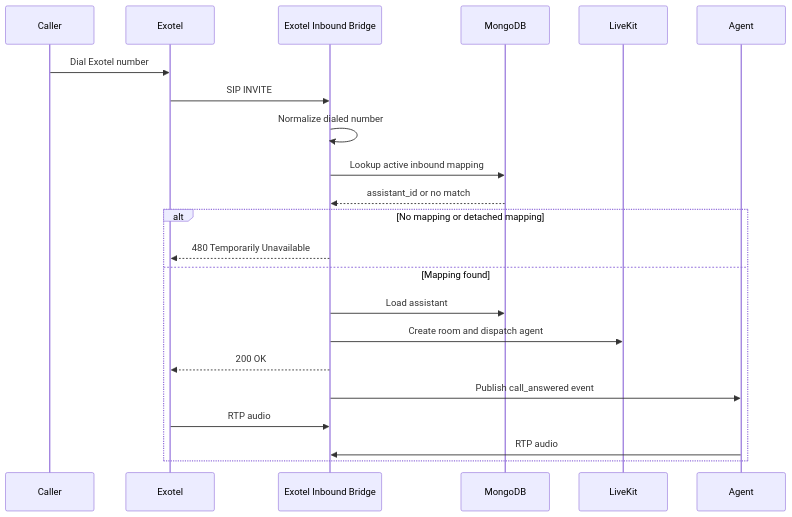
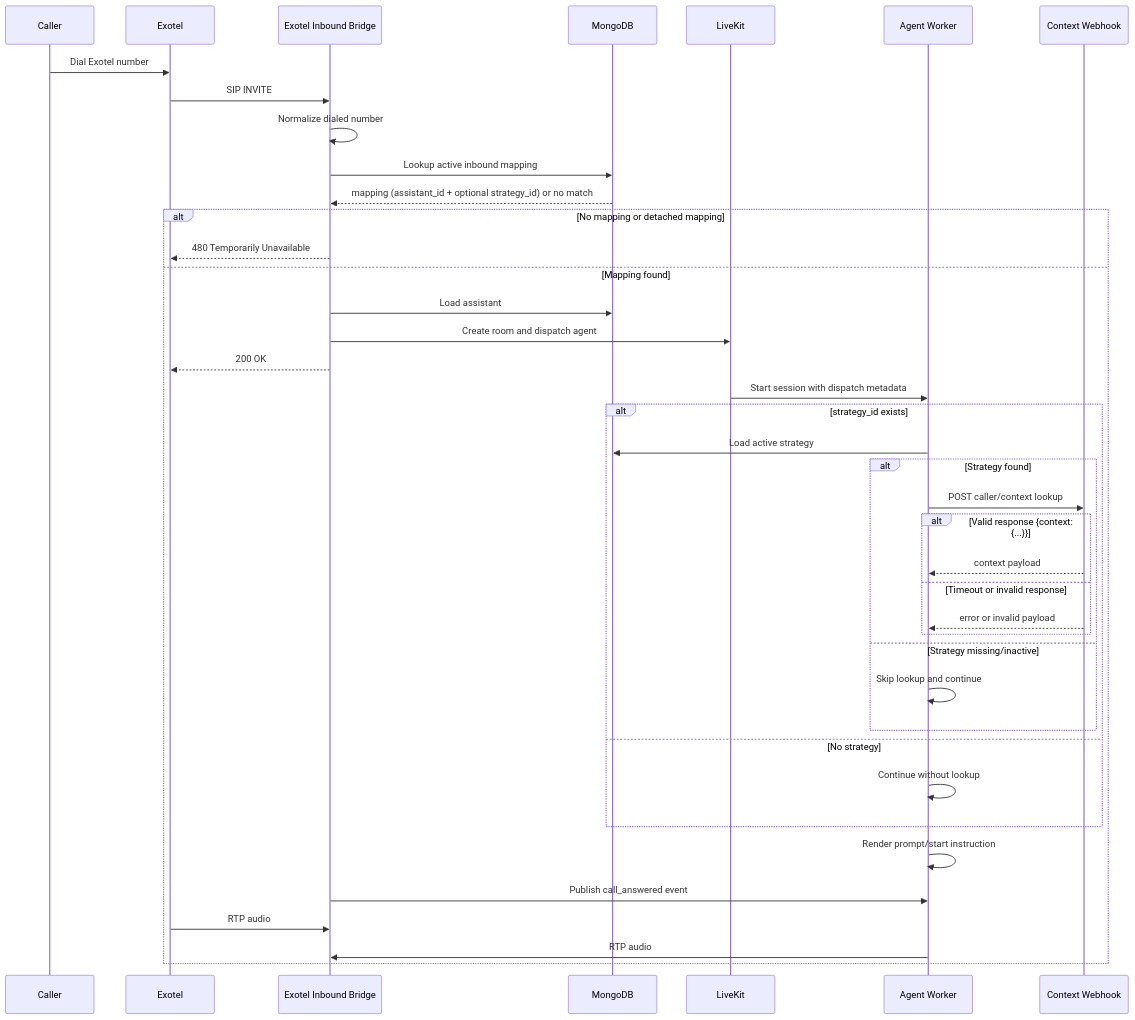
One commit to ShubhamX-AI/api_livekit changed the diagram in docs/api/inbound/flow.md. Above: the diagram before and after it, drawn with Mermaid. The commit also changed other lines of this file and 14 other files, not shown here.

````diff
--- a/docs/api/inbound/flow.md
+++ b/docs/api/inbound/flow.md
@@ -35,25 +70,43 @@
 ```mermaid
 sequenceDiagram
     participant Caller
     participant Exotel
     participant Bridge as Exotel Inbound Bridge
     participant DB as MongoDB
     participant LK as LiveKit
-    participant Agent
+    participant Agent as Agent Worker
+    participant Webhook as Context Webhook
 
     Caller->>Exotel: Dial Exotel number
     Exotel->>Bridge: SIP INVITE
     Bridge->>Bridge: Normalize dialed number
     Bridge->>DB: Lookup active inbound mapping
-    DB-->>Bridge: assistant_id or no match
+    DB-->>Bridge: mapping (assistant_id + optional strategy_id) or no match
     alt No mapping or detached mapping
         Bridge-->>Exotel: 480 Temporarily Unavailable
     else Mapping found
         Bridge->>DB: Load assistant
         Bridge->>LK: Create room and dispatch agent
         Bridge-->>Exotel: 200 OK
+        LK->>Agent: Start session with dispatch metadata
+        alt strategy_id exists
+            Agent->>DB: Load active strategy
+            alt Strategy found
+                Agent->>Webhook: POST caller/context lookup
+                alt Valid response {context: {...}}
+                    Webhook-->>Agent: context payload
+                else Timeout or invalid response
+                    Webhook-->>Agent: error or invalid payload
+                end
+            else Strategy missing/inactive
+                Agent->>Agent: Skip lookup and continue
+            end
+        else No strategy
+            Agent->>Agent: Continue without lookup
+        end
+        Agent->>Agent: Render prompt/start instruction
         Bridge->>Agent: Publish call_answered event
         Exotel->>Bridge: RTP audio
         Agent->>Bridge: RTP audio
     end
 ```
````
